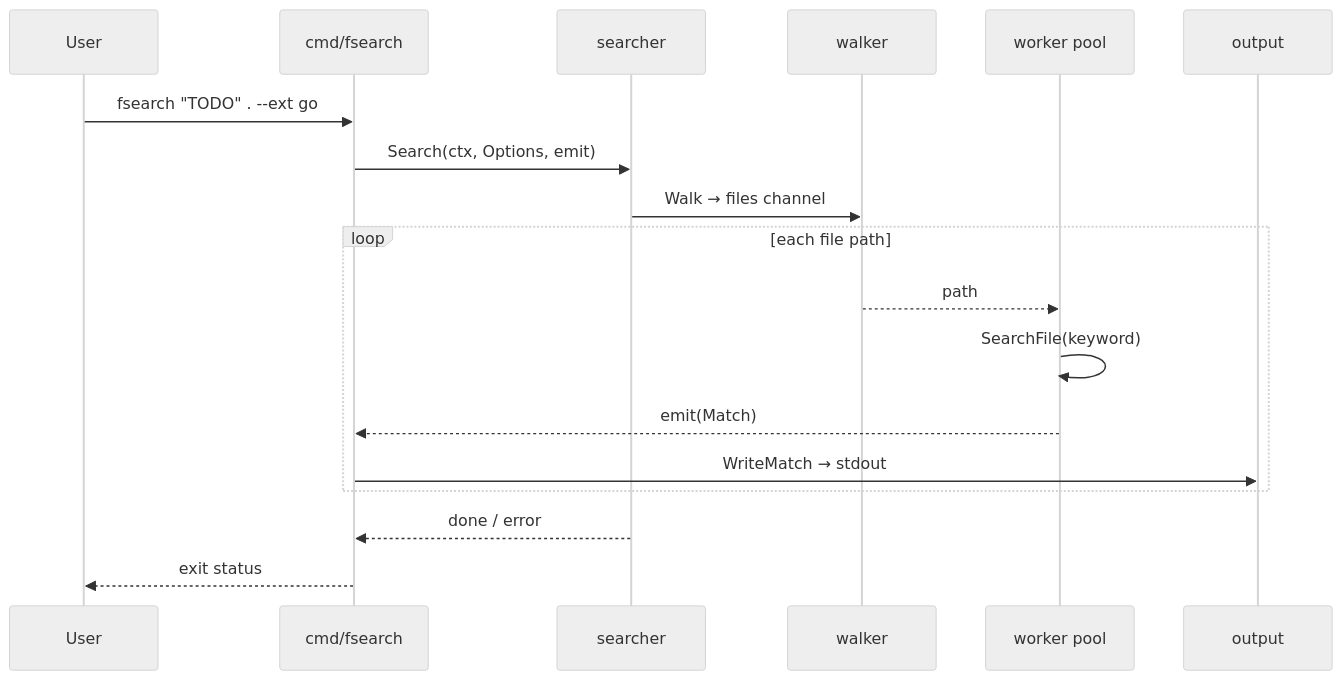
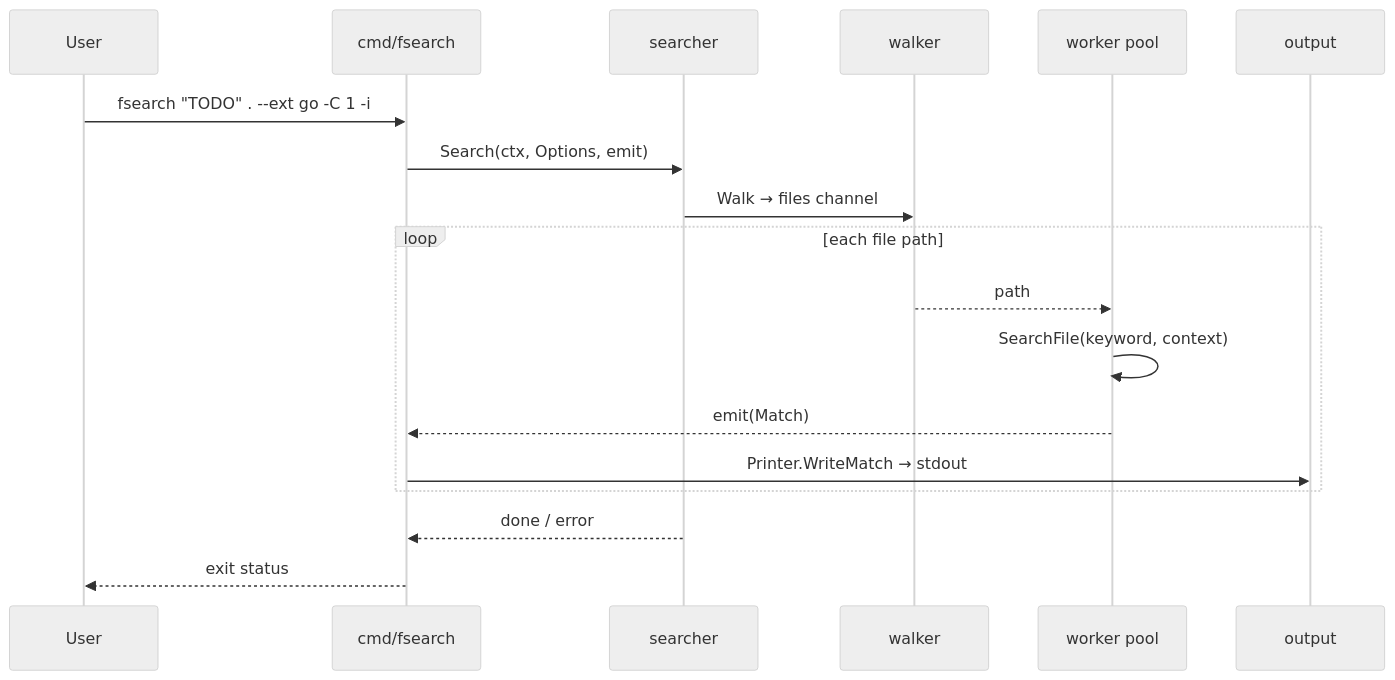
One commit to rikiisworking/fsearch changed the second of 3 diagrams in README.md. Above: the diagram before and after it, drawn with Mermaid (neutral theme). The commit also changed other lines of this file and 3 other files, not shown here.

````diff
--- a/README.md
+++ b/README.md
@@ -112,21 +141,21 @@
 ```mermaid
 sequenceDiagram
   participant User
   participant CLI as cmd/fsearch
   participant Searcher as searcher
   participant Walker as walker
   participant Workers as worker pool
   participant Out as output
 
-  User->>CLI: fsearch "TODO" . --ext go
+  User->>CLI: fsearch "TODO" . --ext go -C 1 -i
   CLI->>Searcher: Search(ctx, Options, emit)
   Searcher->>Walker: Walk → files channel
   loop each file path
     Walker-->>Workers: path
-    Workers->>Workers: SearchFile(keyword)
+    Workers->>Workers: SearchFile(keyword, context)
     Workers-->>CLI: emit(Match)
-    CLI->>Out: WriteMatch → stdout
+    CLI->>Out: Printer.WriteMatch → stdout
   end
   Searcher-->>CLI: done / error
   CLI-->>User: exit status
 ```
````
